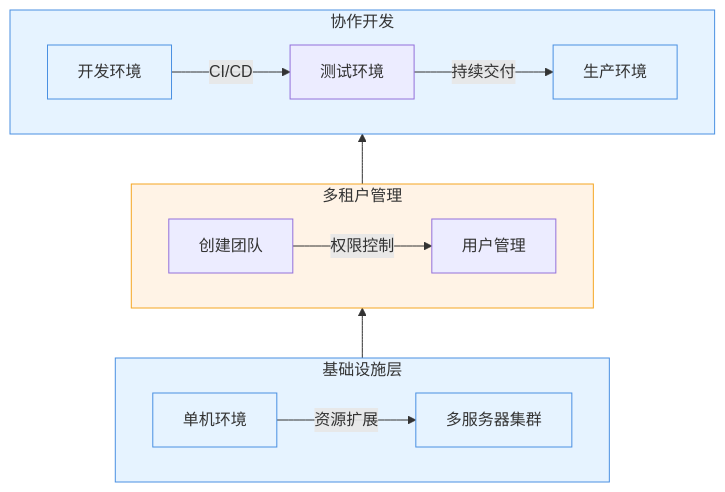
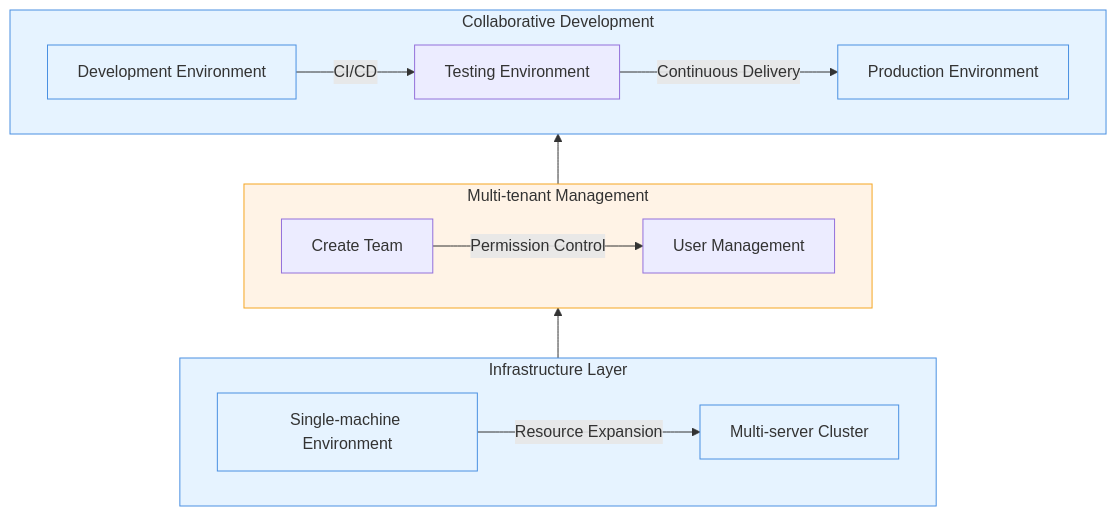
One commit to goodrain/rainbond-docs changed the diagram in i18n/en/docusaurus-plugin-content-docs/current/tutorial/docking-selfhost.md. Above: the diagram before and after it, drawn with Mermaid. The commit also changed other lines of this file and 14 other files, not shown here.

````diff
--- a/i18n/en/docusaurus-plugin-content-docs/current/tutorial/docking-selfhost.md
+++ b/i18n/en/docusaurus-plugin-content-docs/current/tutorial/docking-selfhost.md
@@ -16,32 +16,32 @@
 ```mermaid
 flowchart BT
-    subgraph COLLAB["协作开发"]
+    subgraph COLLAB["Collaborative Development"]
         direction LR
-        C1[开发环境] -->|CI/CD| C2[测试环境]
-        C2 -->|持续交付| C3[生产环境]
+        C1[Development Environment] -->|CI/CD| C2[Testing Environment]
+        C2 -->|Continuous Delivery| C3[Production Environment]
         style C1 fill:#e6f3ff,stroke:#4a90e2
         style C3 fill:#e6f3ff,stroke:#4a90e2
     end
 
-    subgraph TENANT["多租户管理"]
+    subgraph TENANT["Multi-tenant Management"]
         direction LR
-        T1[创建团队] --> |权限控制| T2[用户管理]
+        T1[Create Team] --> |Permission Control| T2[User Management]
         style TENANT fill:#fff3e6,stroke:#f5a623
     end
 
-    subgraph INFRA["基础设施层"]
+    subgraph INFRA["Infrastructure Layer"]
         direction LR
-        I1[单机环境] -->|资源扩展| I2[多服务器集群]
+        I1[Single-machine Environment] -->|Resource Expansion| I2[Multi-server Cluster]
         style I1 fill:#e6f3ff,stroke:#4a90e2
         style I2 fill:#e6f3ff,stroke:#4a90e2
     end
 
     INFRA --> TENANT
     TENANT --> COLLAB
 
     classDef infra fill:#e6f3ff,stroke:#4a90e2;
     classDef tenant fill:#fff3e6,stroke:#f5a623;
     class INFRA infra
     class TENANT tenant
     class COLLAB infra
 ```
````
